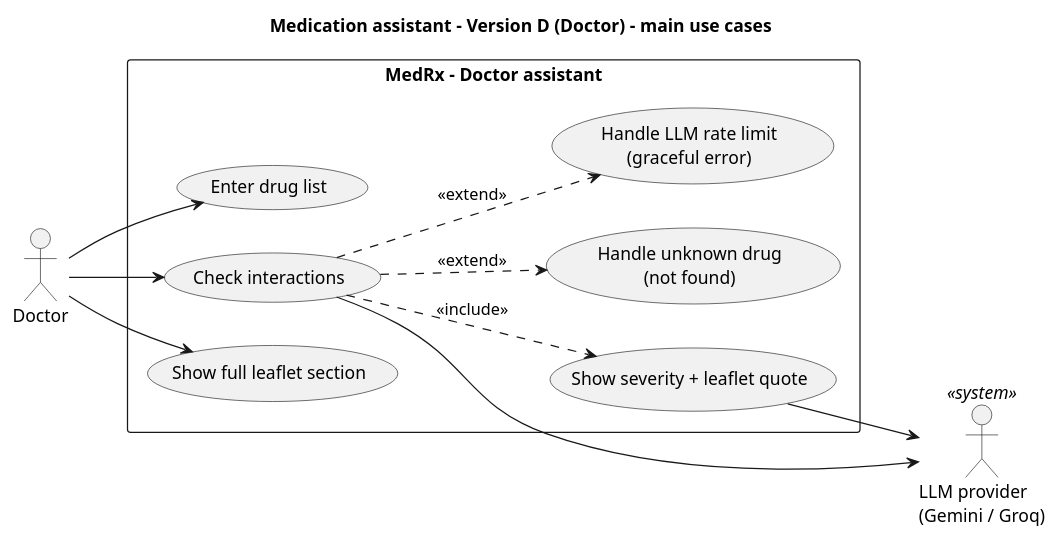
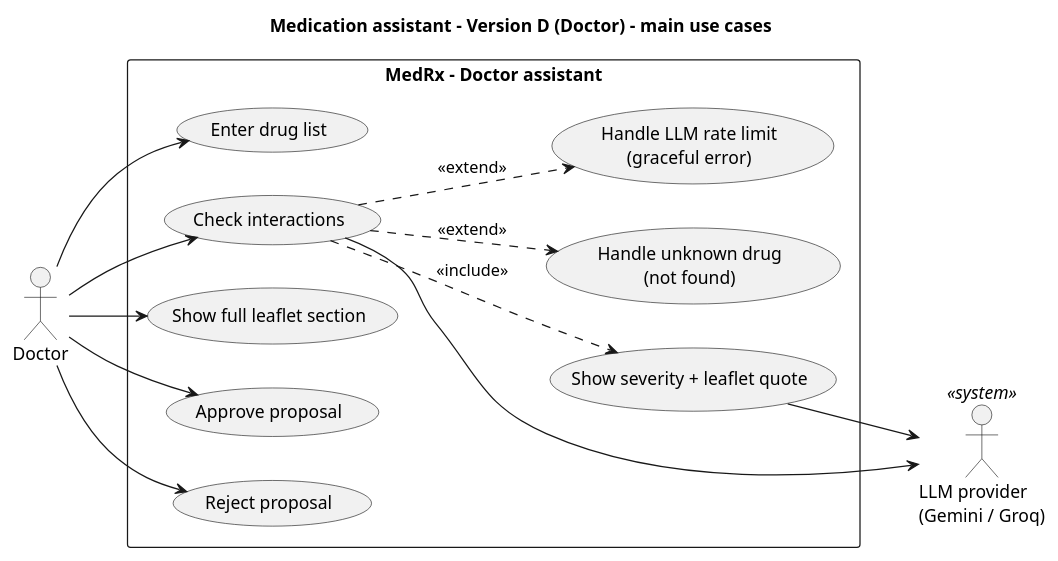
The diagram in docs/uml/usecase.puml (vladvoiasciuc2-crypto/medrx-lab3), drawn with PlantUML before and after one commit.

Commit message:
Update use case diagram with approve/reject

```diff
--- a/docs/uml/usecase.puml
+++ b/docs/uml/usecase.puml
@@ -1,27 +1,31 @@
 @startuml
 left to right direction
 title Medication assistant - Version D (Doctor) - main use cases
 
 actor Doctor
 actor "LLM provider\n(Gemini / Groq)" as LLM <<system>>
 
 rectangle "MedRx - Doctor assistant" {
   usecase "Enter drug list" as UC1
   usecase "Check interactions" as UC2
   usecase "Show severity + leaflet quote" as UC3
   usecase "Show full leaflet section" as UC4
+  usecase "Approve proposal" as UC7
+  usecase "Reject proposal" as UC8
   usecase "Handle unknown drug\n(not found)" as UC5
   usecase "Handle LLM rate limit\n(graceful error)" as UC6
 }
 
 Doctor --> UC1
 Doctor --> UC2
 Doctor --> UC4
+Doctor --> UC7
+Doctor --> UC8
 
 UC2 ..> UC3 : <<include>>
 UC2 ..> UC5 : <<extend>>
 UC2 ..> UC6 : <<extend>>
 UC2 --> LLM
 UC3 --> LLM
 
 @enduml
```
